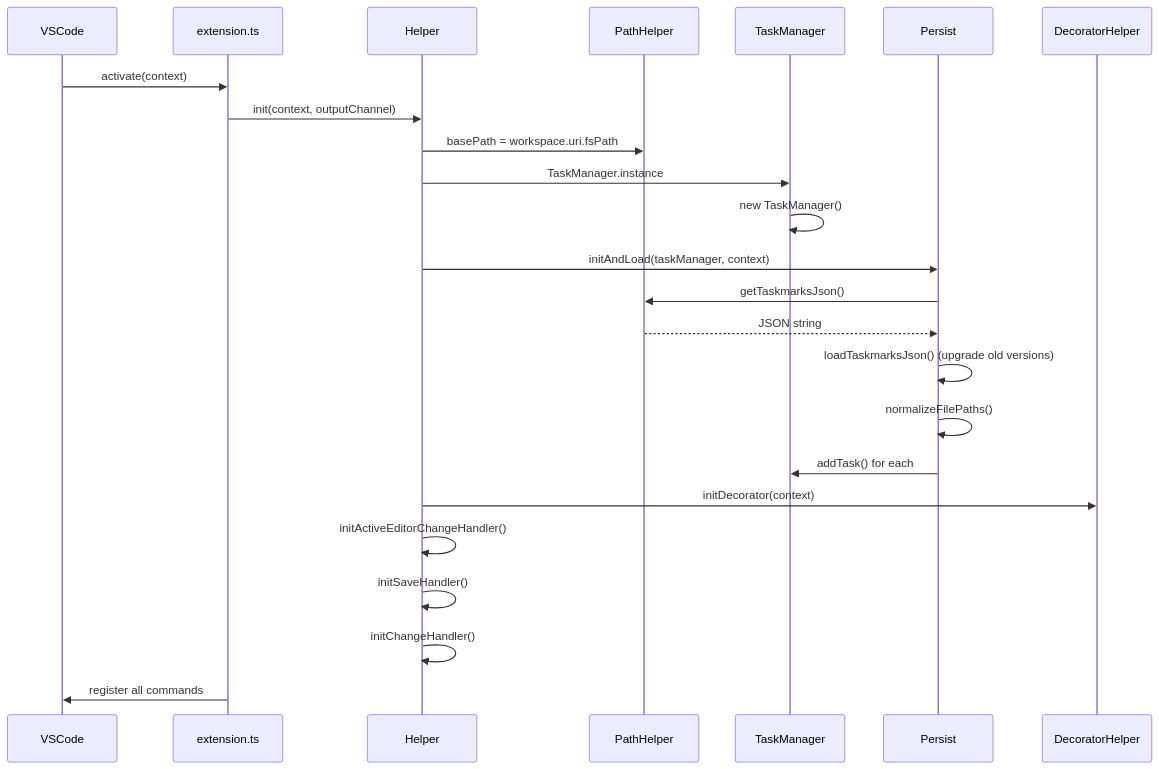
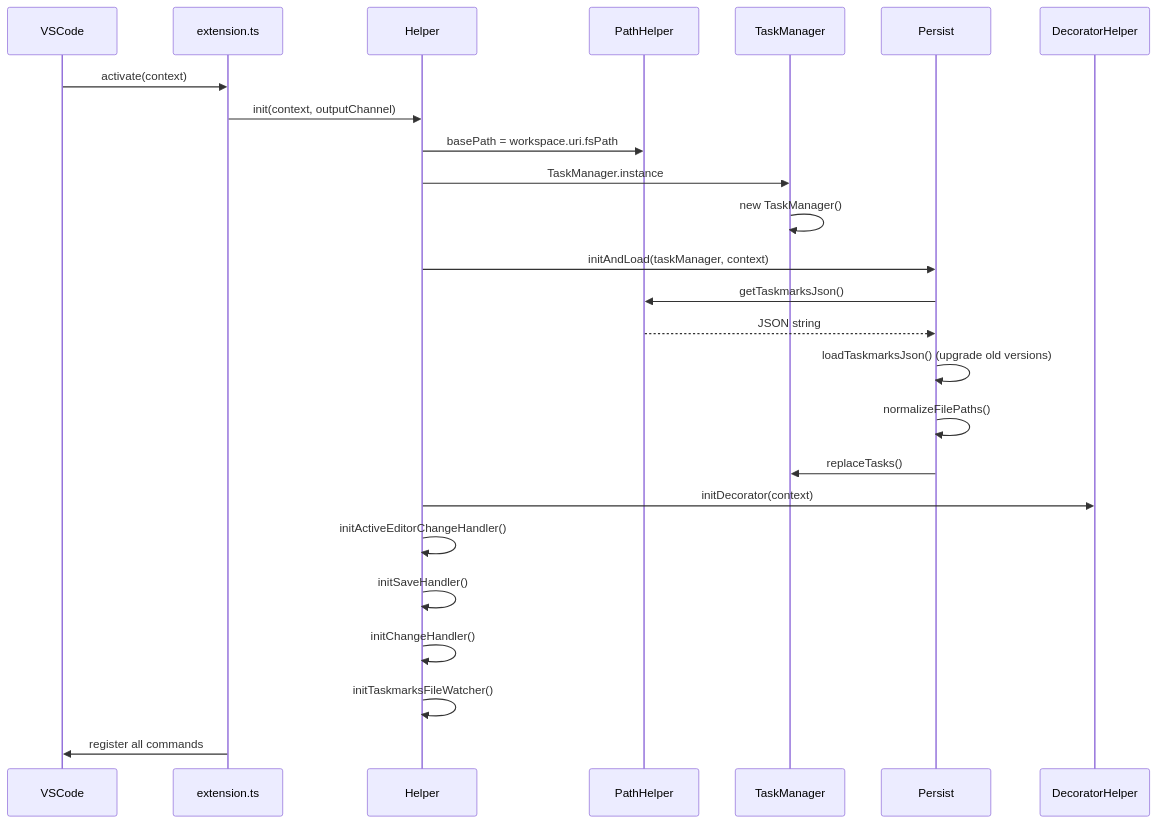
One commit to norbertK/taskmarks changed the fifth of 5 diagrams in docu/ARCHITECTURE.md. Above: the diagram before and after it, drawn with Mermaid. The commit also changed other lines of this file and 16 other files, not shown here.

````diff
--- a/docu/ARCHITECTURE.md
+++ b/docu/ARCHITECTURE.md
@@ -257,27 +280,28 @@
 ```mermaid
 sequenceDiagram
     participant VSCode
     participant Ext as extension.ts
     participant H as Helper
     participant PH as PathHelper
     participant TM as TaskManager
     participant P as Persist
     participant DH as DecoratorHelper
 
     VSCode->>Ext: activate(context)
     Ext->>H: init(context, outputChannel)
     H->>PH: basePath = workspace.uri.fsPath
     H->>TM: TaskManager.instance
     TM->>TM: new TaskManager()
     H->>P: initAndLoad(taskManager, context)
     P->>PH: getTaskmarksJson()
     PH-->>P: JSON string
     P->>P: loadTaskmarksJson() (upgrade old versions)
     P->>P: normalizeFilePaths()
-    P->>TM: addTask() for each
+    P->>TM: replaceTasks()
     H->>DH: initDecorator(context)
     H->>H: initActiveEditorChangeHandler()
     H->>H: initSaveHandler()
     H->>H: initChangeHandler()
+    H->>H: initTaskmarksFileWatcher()
     Ext->>VSCode: register all commands
 ```
````
